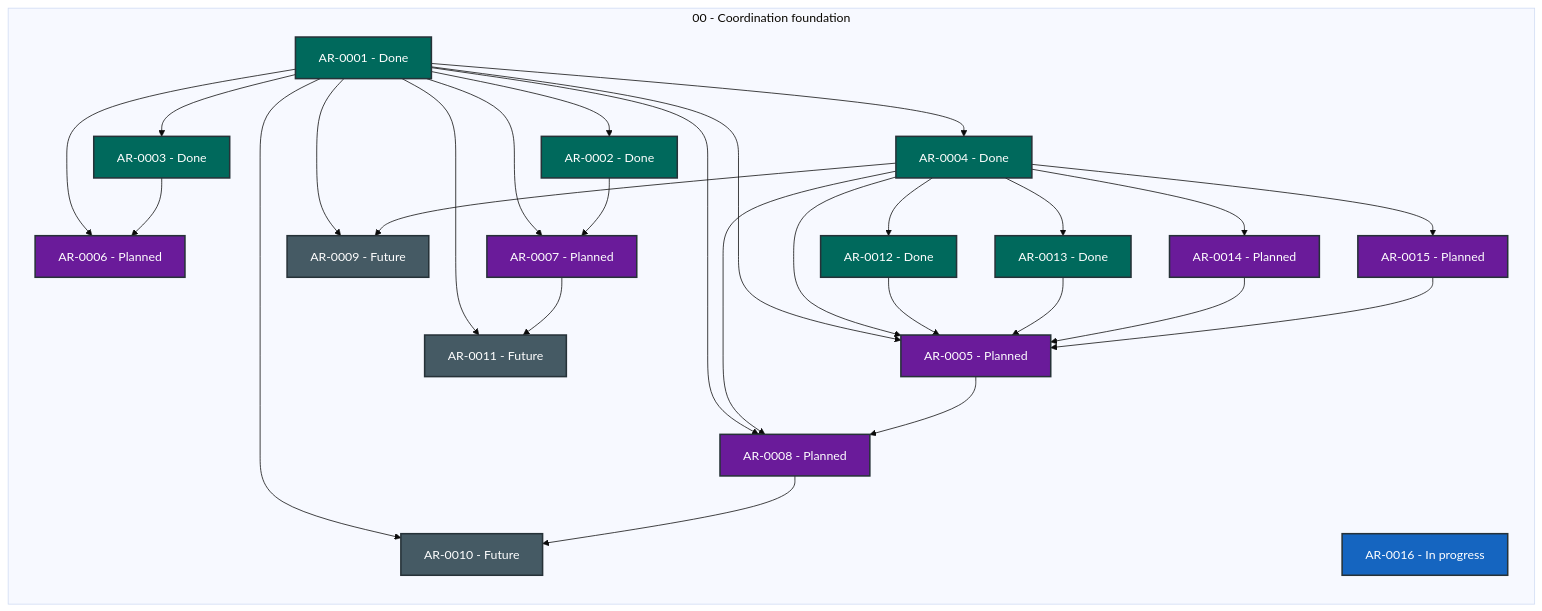
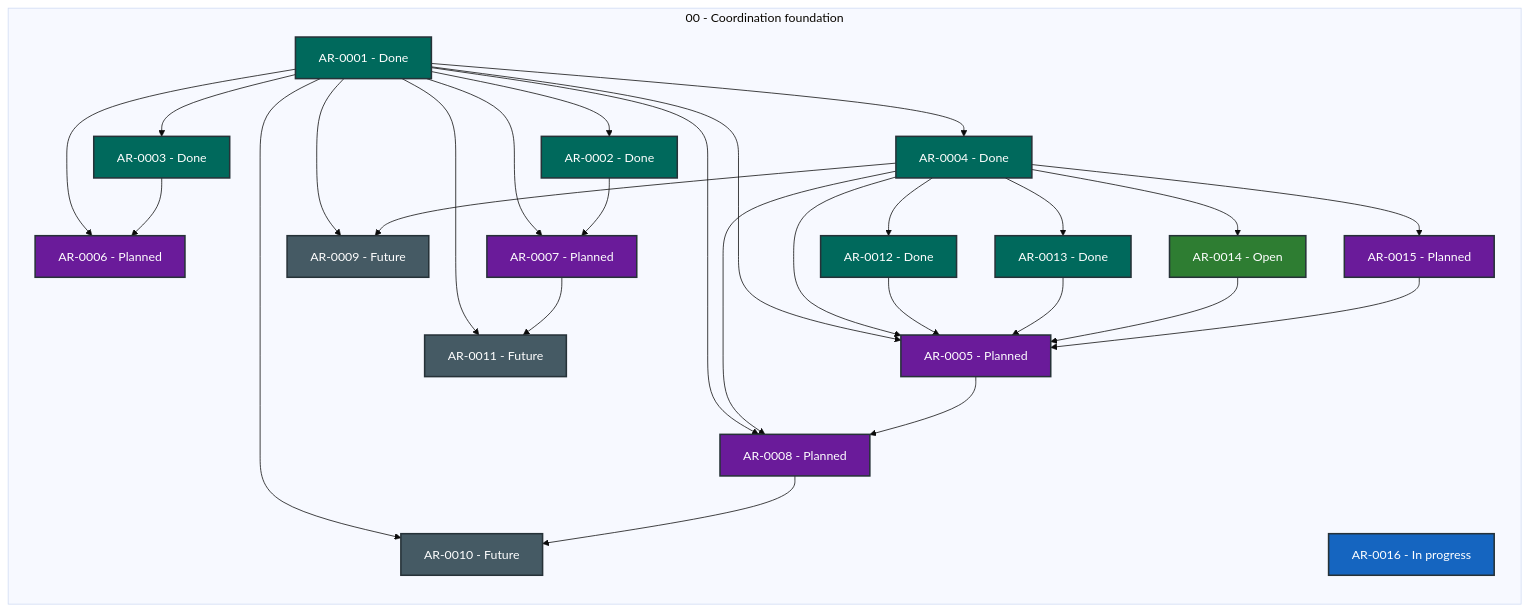
One commit to martin-beck/agent-workflow-quality-state changed the diagram in STATUS.md. Above: the diagram before and after it, drawn with Mermaid (base theme). The commit also changed other lines of this file and 2 other files, not shown here.

````diff
--- a/STATUS.md
+++ b/STATUS.md
@@ -27,56 +27,56 @@
 ```mermaid
 flowchart LR
     subgraph series_00["00 - Coordination foundation"]
         direction TB
         AR_0001["AR-0001 - Done"]:::status_done
         AR_0002["AR-0002 - Done"]:::status_done
         AR_0003["AR-0003 - Done"]:::status_done
         AR_0004["AR-0004 - Done"]:::status_done
         AR_0005["AR-0005 - Planned"]:::status_planned
         AR_0006["AR-0006 - Planned"]:::status_planned
         AR_0007["AR-0007 - Planned"]:::status_planned
         AR_0008["AR-0008 - Planned"]:::status_planned
         AR_0009["AR-0009 - Future"]:::status_future
         AR_0010["AR-0010 - Future"]:::status_future
         AR_0011["AR-0011 - Future"]:::status_future
         AR_0012["AR-0012 - Done"]:::status_done
         AR_0013["AR-0013 - Done"]:::status_done
-        AR_0014["AR-0014 - Planned"]:::status_planned
+        AR_0014["AR-0014 - Open"]:::status_open
         AR_0015["AR-0015 - Planned"]:::status_planned
         AR_0016["AR-0016 - In progress"]:::status_in_progress
     end
     AR_0001 --> AR_0002
     AR_0001 --> AR_0003
     AR_0001 --> AR_0004
     AR_0001 --> AR_0005
     AR_0001 --> AR_0006
     AR_0001 --> AR_0007
     AR_0001 --> AR_0008
     AR_0001 --> AR_0009
     AR_0001 --> AR_0010
     AR_0001 --> AR_0011
     AR_0002 --> AR_0007
     AR_0003 --> AR_0006
     AR_0004 --> AR_0005
     AR_0004 --> AR_0008
     AR_0004 --> AR_0009
     AR_0004 --> AR_0012
     AR_0004 --> AR_0013
     AR_0004 --> AR_0014
     AR_0004 --> AR_0015
     AR_0005 --> AR_0008
     AR_0007 --> AR_0011
     AR_0008 --> AR_0010
     AR_0012 --> AR_0005
     AR_0013 --> AR_0005
     AR_0014 --> AR_0005
     AR_0015 --> AR_0005
     classDef status_in_progress fill:#1565c0,color:#ffffff,stroke:#263238,stroke-width:2px
     classDef status_open fill:#2e7d32,color:#ffffff,stroke:#263238,stroke-width:2px
     classDef status_blocked fill:#c62828,color:#ffffff,stroke:#263238,stroke-width:2px
     classDef status_planned fill:#6a1b9a,color:#ffffff,stroke:#263238,stroke-width:2px
     classDef status_future fill:#455a64,color:#ffffff,stroke:#263238,stroke-width:2px
     classDef status_done fill:#00695c,color:#ffffff,stroke:#263238,stroke-width:2px
     classDef status_cancelled fill:#616161,color:#ffffff,stroke:#263238,stroke-width:2px
     classDef status_superseded fill:#5d4037,color:#ffffff,stroke:#263238,stroke-width:2px
 ```
````
